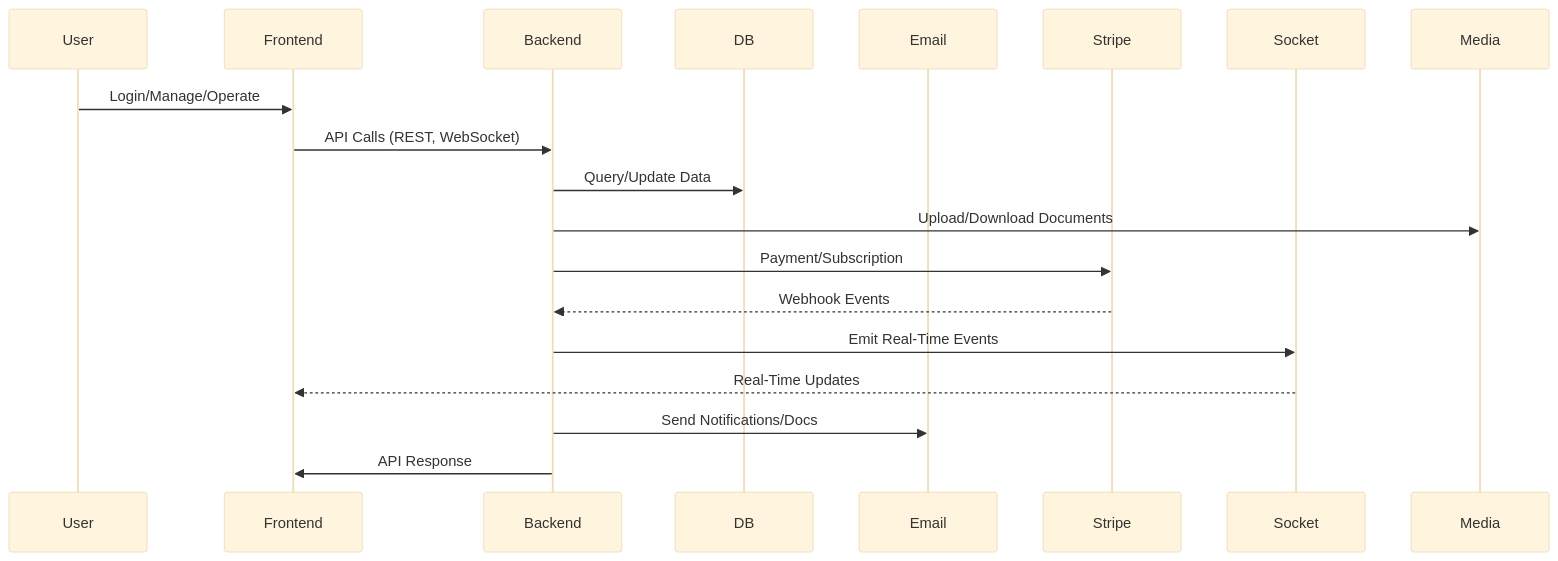
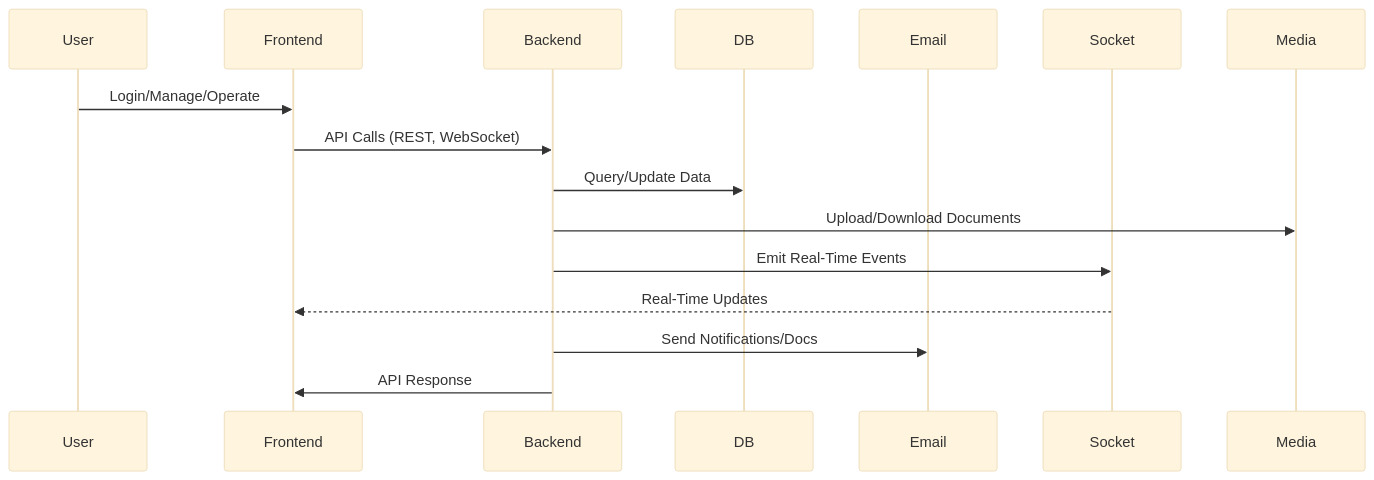
The second of 3 diagrams in README.md (azeemafridi676/dealer-pro), drawn with Mermaid (base theme) before and after one commit. The commit also changed other lines of this file, not shown here.

````diff
--- a/README.md
+++ b/README.md
@@ -50,22 +48,19 @@
 ```mermaid
 sequenceDiagram
   participant User
   participant Frontend
   participant Backend
   participant DB
   participant Email
-  participant Stripe
   participant Socket
   participant Media
 
   User->>Frontend: Login/Manage/Operate
   Frontend->>Backend: API Calls (REST, WebSocket)
   Backend->>DB: Query/Update Data
   Backend->>Media: Upload/Download Documents
-  Backend->>Stripe: Payment/Subscription
-  Stripe-->>Backend: Webhook Events
   Backend->>Socket: Emit Real-Time Events
   Socket-->>Frontend: Real-Time Updates
   Backend->>Email: Send Notifications/Docs
   Backend->>Frontend: API Response
 ```
````
